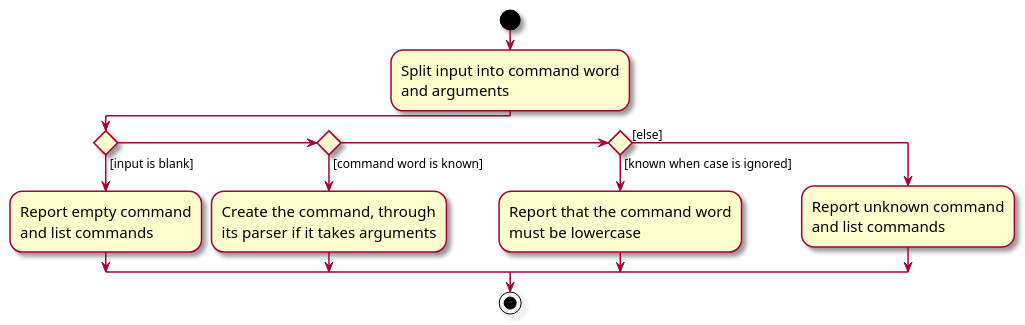
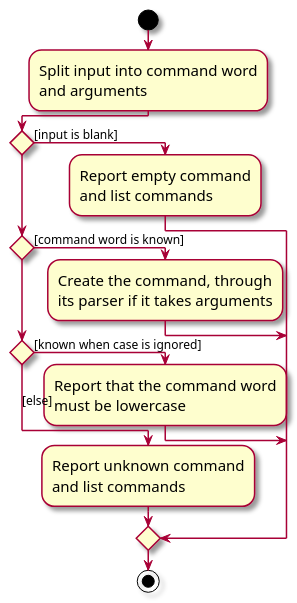
One commit to AY2627S1-CS2103T-F09-1/tp changed the diagram in docs/diagrams/CommandRoutingActivityDiagram.puml. Above: the diagram before and after it, drawn with PlantUML. The commit also changed 2 other files, not shown here.

Commit message:
Stack the command-routing diagram vertically
The command-routing activity diagram laid its four branches side by
side, making it 1068 px wide. The site limits content to about 740 px,
so the diagram was shrunk until its text was much smaller than the
body text.

Stack the decisions vertically, which makes the diagram 336 px wide so
that it shows at full size.

```diff
--- a/docs/diagrams/CommandRoutingActivityDiagram.puml
+++ b/docs/diagrams/CommandRoutingActivityDiagram.puml
@@ -1,22 +1,23 @@
 @startuml
 skin rose
+!pragma useVerticalIf on
 skinparam ActivityFontSize 15
 skinparam ArrowFontSize 12
 start
 :Split input into command word
 and arguments;
 if () then ([input is blank])
     :Report empty command
     and list commands;
 elseif () then ([command word is known])
     :Create the command, through
     its parser if it takes arguments;
 elseif () then ([known when case is ignored])
     :Report that the command word
     must be lowercase;
 else ([else])
     :Report unknown command
     and list commands;
 endif
 stop
 @enduml
```
